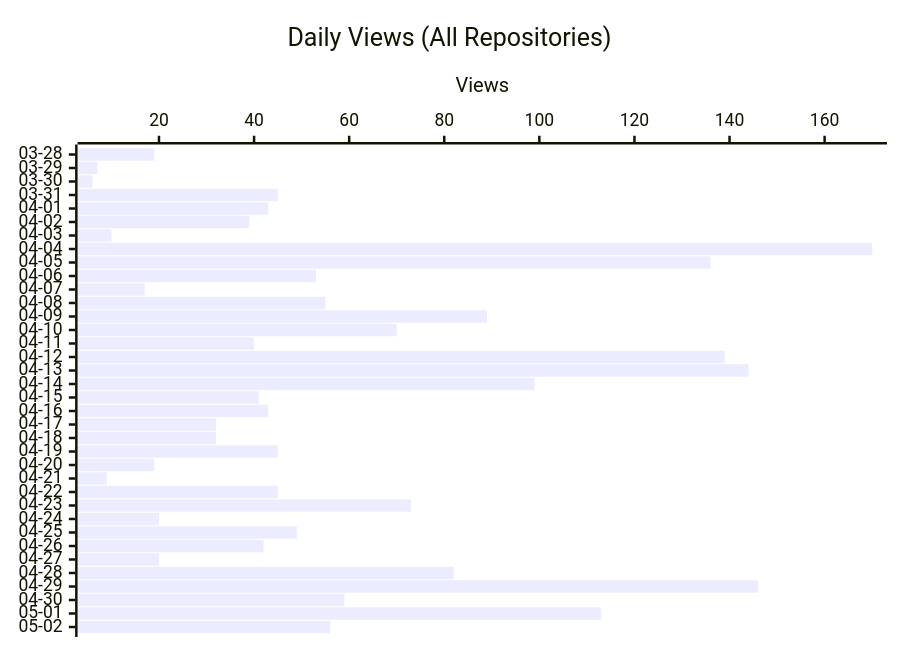
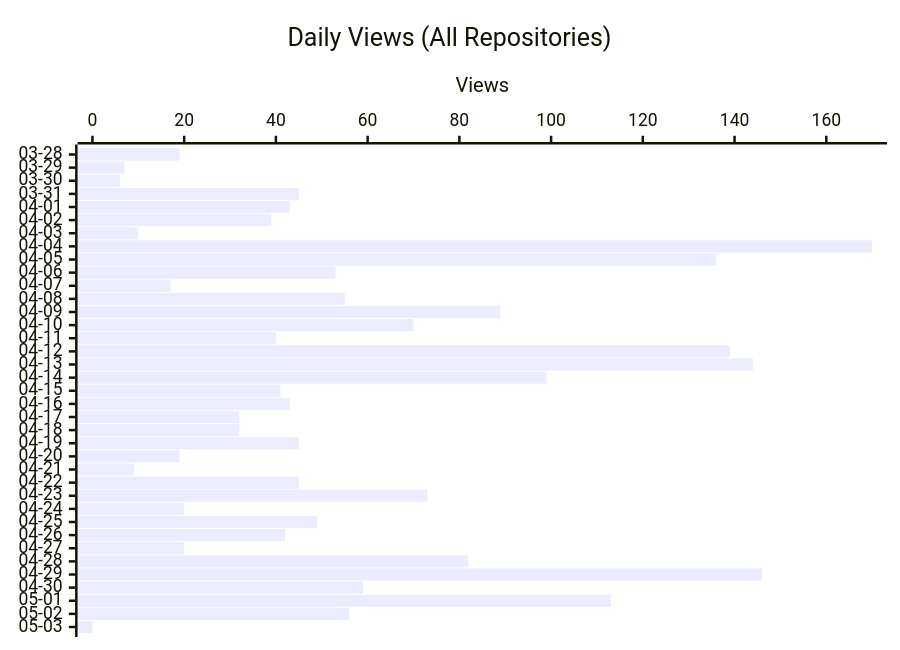
The second of 3 diagrams in README.md (shigechika/github-insights), drawn with Mermaid before and after one commit. The commit also changed other lines of this file and 2 other files, not shown here.

````diff
--- a/README.md
+++ b/README.md
@@ -28,7 +28,7 @@
 ```mermaid
 xychart-beta horizontal
     title "Daily Views (All Repositories)"
-    x-axis ["03-28", "03-29", "03-30", "03-31", "04-01", "04-02", "04-03", "04-04", "04-05", "04-06", "04-07", "04-08", "04-09", "04-10", "04-11", "04-12", "04-13", "04-14", "04-15", "04-16", "04-17", "04-18", "04-19", "04-20", "04-21", "04-22", "04-23", "04-24", "04-25", "04-26", "04-27", "04-28", "04-29", "04-30", "05-01", "05-02"]
+    x-axis ["03-28", "03-29", "03-30", "03-31", "04-01", "04-02", "04-03", "04-04", "04-05", "04-06", "04-07", "04-08", "04-09", "04-10", "04-11", "04-12", "04-13", "04-14", "04-15", "04-16", "04-17", "04-18", "04-19", "04-20", "04-21", "04-22", "04-23", "04-24", "04-25", "04-26", "04-27", "04-28", "04-29", "04-30", "05-01", "05-02", "05-03"]
     y-axis "Views"
-    bar [19, 7, 6, 45, 43, 39, 10, 170, 136, 53, 17, 55, 89, 70, 40, 139, 144, 99, 41, 43, 32, 32, 45, 19, 9, 45, 73, 20, 49, 42, 20, 82, 146, 59, 113, 56]
+    bar [19, 7, 6, 45, 43, 39, 10, 170, 136, 53, 17, 55, 89, 70, 40, 139, 144, 99, 41, 43, 32, 32, 45, 19, 9, 45, 73, 20, 49, 42, 20, 82, 146, 59, 113, 56, 0]
 ```
````
